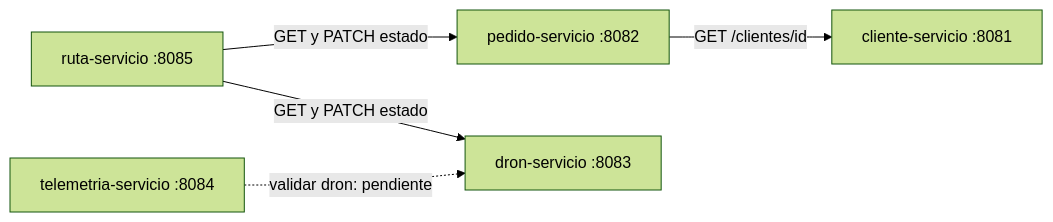
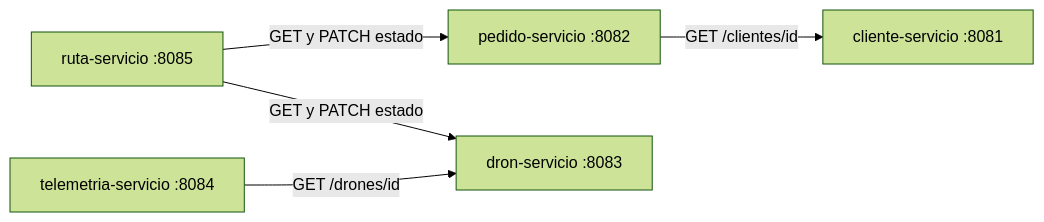
One commit to TomIcj/FlotaDeDrones changed the diagram in README.md. Above: the diagram before and after it, drawn with Mermaid (forest theme). The commit also changed other lines of this file, not shown here.

````diff
--- a/README.md
+++ b/README.md
@@ -70,7 +70,7 @@
 ```mermaid
 flowchart LR
     P[pedido-servicio :8082] -->|GET /clientes/id| C[cliente-servicio :8081]
     R[ruta-servicio :8085] -->|GET y PATCH estado| P
     R -->|GET y PATCH estado| D[dron-servicio :8083]
-    T[telemetria-servicio :8084] -.->|validar dron: pendiente| D
+    T[telemetria-servicio :8084] -->|GET /drones/id| D
 ```
````
